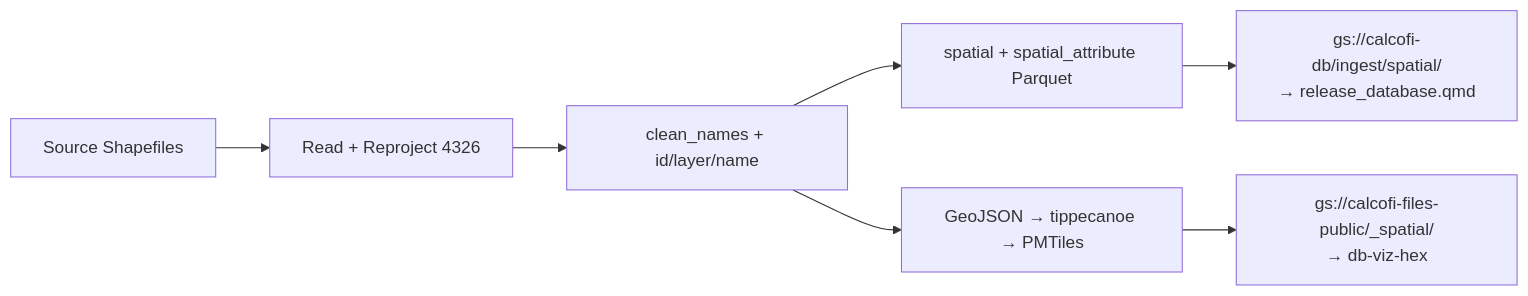
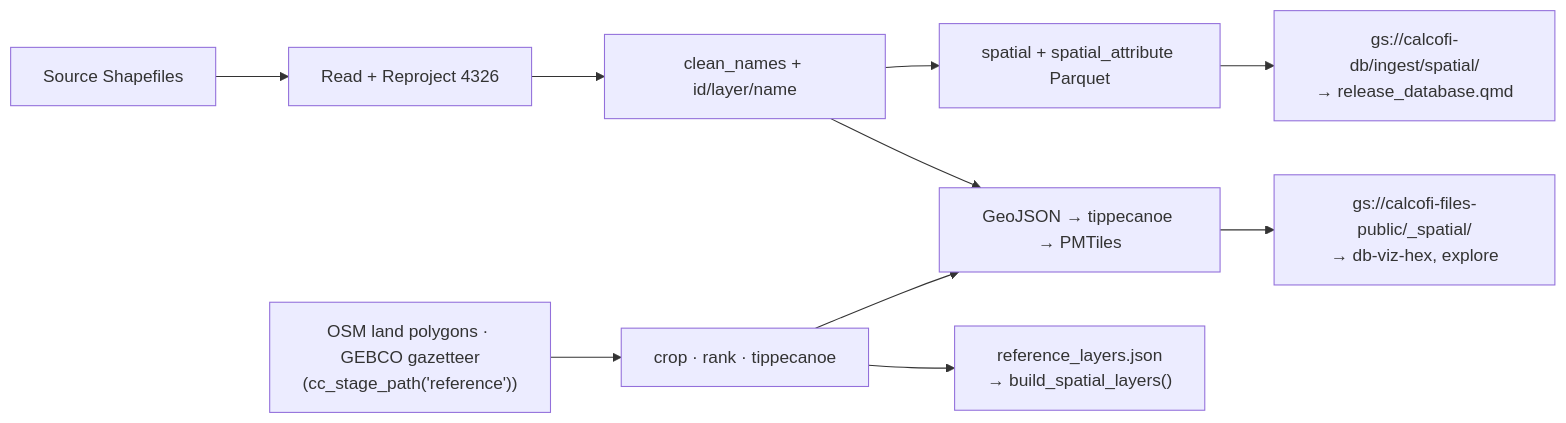
The diagram in ingest_spatial.qmd (CalCOFI/workflows), drawn with Mermaid before and after one commit. The commit also changed other lines of this file and 10 other files, not shown here.

````diff
--- a/ingest_spatial.qmd
+++ b/ingest_spatial.qmd
@@ -39,9 +47,12 @@
 ```{mermaid}
 graph LR
   A[Source Shapefiles] --> B[Read + Reproject 4326]
   B --> C["clean_names + id/layer/name"]
   C --> D["spatial + spatial_attribute Parquet"]
   C --> E["GeoJSON → tippecanoe → PMTiles"]
   D --> F["gs://calcofi-db/ingest/spatial/<br/>→ release_database.qmd"]
-  E --> G["gs://calcofi-files-public/_spatial/<br/>→ db-viz-hex"]
+  E --> G["gs://calcofi-files-public/_spatial/<br/>→ db-viz-hex, explore"]
+  R["OSM land polygons · GEBCO gazetteer<br/>(cc_stage_path('reference'))"] --> S["crop · rank · tippecanoe"]
+  S --> E
+  S --> T["reference_layers.json<br/>→ build_spatial_layers()"]
 ```
````
